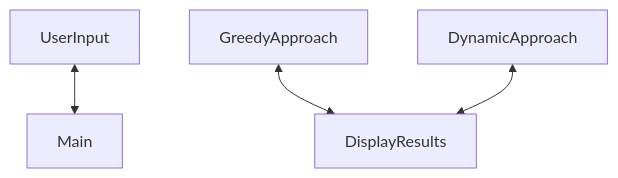
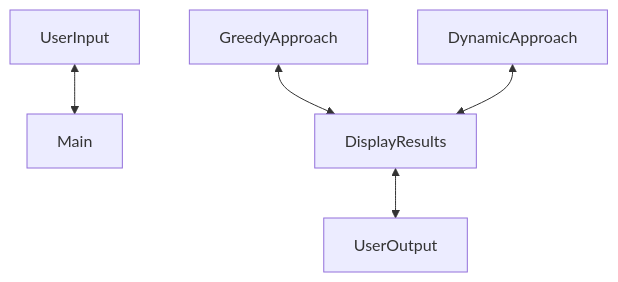
One commit to SamHammami/COMP318_Proj3 changed the diagram in README.md. Above: the diagram before and after it, drawn with Mermaid.

Commit message:
saturday update 11:28pm README

````diff
--- a/README.md
+++ b/README.md
@@ -25,6 +25,7 @@
  ```mermaid
 graph TD;
     UserInput<--> Main;
     GreedyApproach<-->DisplayResults;
     DynamicApproach<-->DisplayResults;
+    DisplayResults<-->UserOutput;
 ```
````
